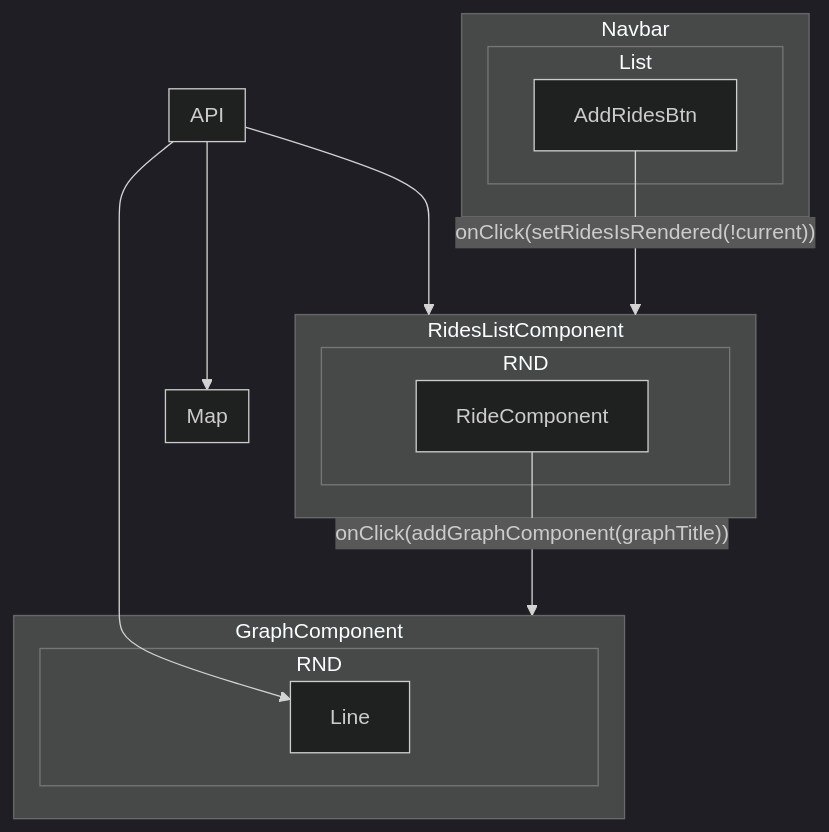
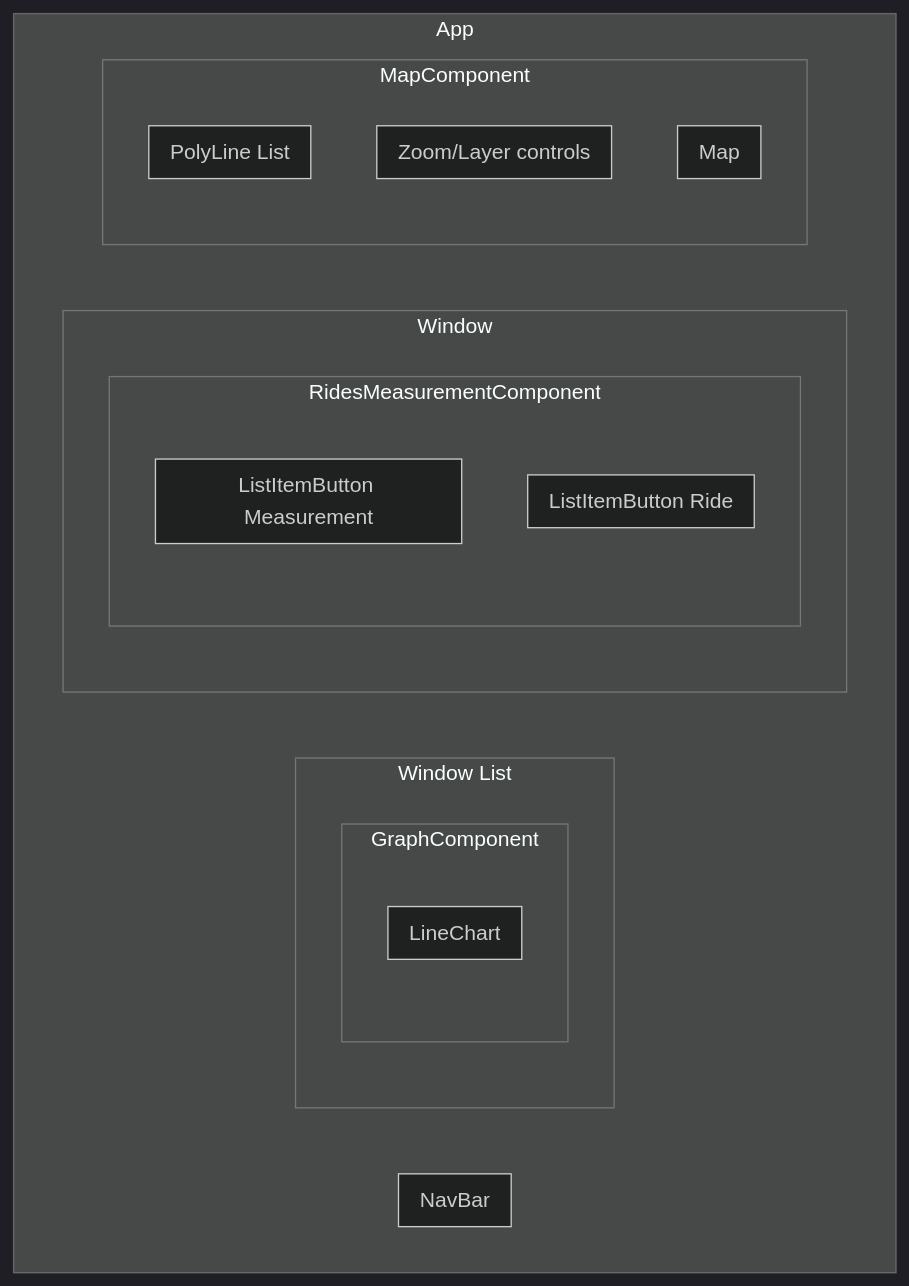
Before and after one commit to DTU-Master-Courses/LiraMapFrontEnd: the diagram in docs/front_end_model.mmd, drawn with Mermaid (dark theme). The commit also changed 3 other files, not shown here.

Commit message:
Adding polyline for each graph (dummy data)

```diff
--- a/docs/front_end_model.mmd
+++ b/docs/front_end_model.mmd
@@ -1,26 +1,27 @@
 flowchart TB
-    AddRidesBtn -- "onClick(setRidesIsRendered(!current))" --> RidesListComponent
-    RideComponent -- "onClick(addGraphComponent(graphTitle))" --> GraphComponent
-
-    API --> RidesListComponent
-    API --> Line
-    API --> Map
-    subgraph Navbar
-        subgraph List
-        AddRidesBtn
+    subgraph App
+        subgraph NavBar
+        end
+        subgraph Window List
+            subgraph GraphComponent
+                subgraph LineChart
+                end
+            end
+        end
+        subgraph Window 
+            subgraph RidesMeasurementComponent
+                subgraph ListItemButton Ride
+                end
+                subgraph ListItemButton Measurement
+                end
+            end
+        end
+        subgraph MapComponent
+            subgraph Map
+            end
+            subgraph Zoom/Layer controls
+            end
+            subgraph PolyLine List
+            end
         end
     end
-    subgraph Map
-    end
-    subgraph GraphComponent
-        subgraph RND 
-            Line
-        end
-    end
-    subgraph RidesListComponent
-        subgraph RND
-            RideComponent
-        end
-    end
-    subgraph API
-    end
```
